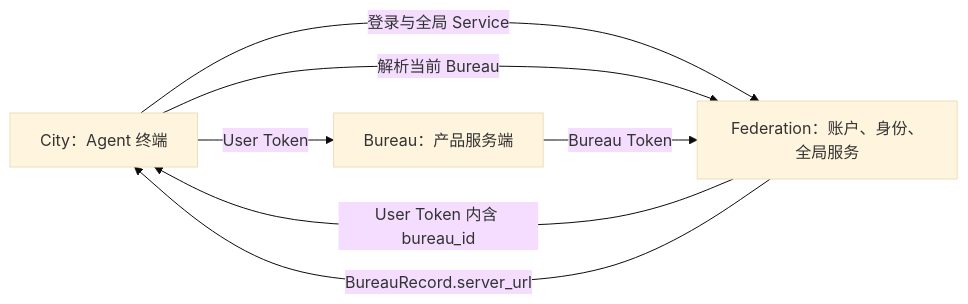
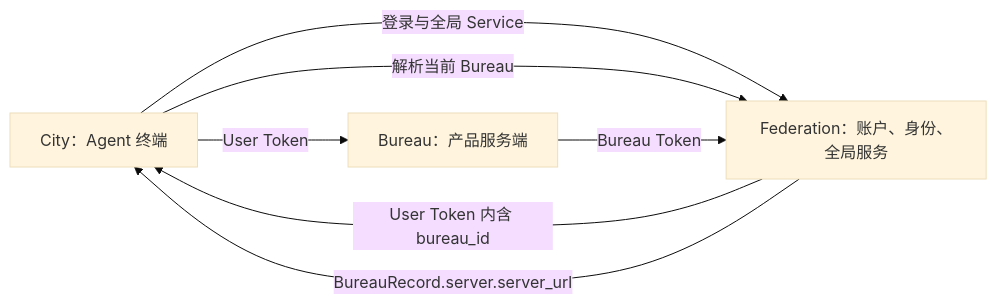
Before and after one commit to genesiscosmos/downcity: the first of 3 diagrams in docs/federation-bureau-city-identity-redesign.md, drawn with Mermaid (base theme). The commit also changed other lines of this file and 69 other files, not shown here.

Commit message:
feat: refine session controls and bureau server model

````diff
--- a/docs/federation-bureau-city-identity-redesign.md
+++ b/docs/federation-bureau-city-identity-redesign.md
@@ -16,9 +16,9 @@
 ```mermaid
 flowchart LR
     C["City：Agent 终端"] -->|"登录与全局 Service"| F["Federation：账户、身份、全局服务"]
     F -->|"User Token 内含 bureau_id"| C
     C -->|"解析当前 Bureau"| F
-    F -->|"BureauRecord.server_url"| C
+    F -->|"BureauRecord.server.server_url"| C
     C -->|"User Token"| B["Bureau：产品服务端"]
     B -->|"Bureau Token"| F
 ```
````
